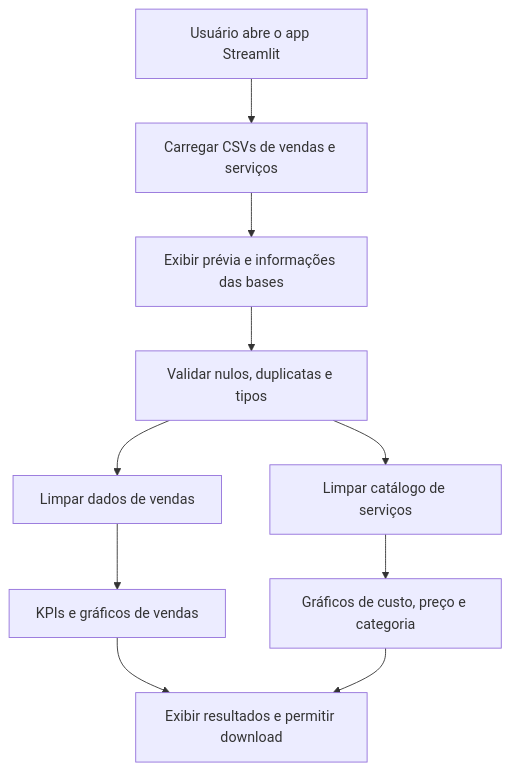
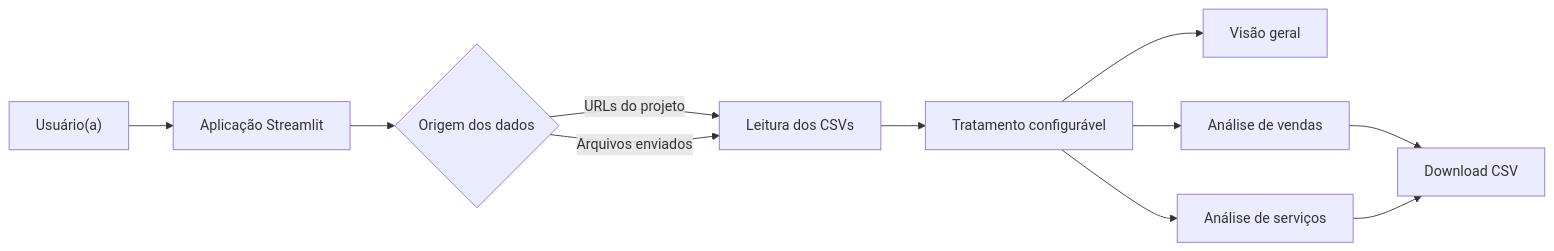
Before and after one commit to CarlosGit-coder/ProjetoACE_4P: the diagram in README.md, drawn with Mermaid. The commit also changed other lines of this file and 7 other files, not shown here.

````diff
--- a/README.md
+++ b/README.md
@@ -22,12 +17,13 @@
 ```mermaid
-flowchart TD
-    A[Usuário abre o app Streamlit] --> B[Carregar CSVs de vendas e serviços]
-    B --> C[Exibir prévia e informações das bases]
-    C --> D[Validar nulos, duplicatas e tipos]
-    D --> E[Limpar dados de vendas]
-    D --> F[Limpar catálogo de serviços]
-    E --> G[KPIs e gráficos de vendas]
-    F --> H[Gráficos de custo, preço e categoria]
-    G --> I[Exibir resultados e permitir download]
-    H --> I
+flowchart LR
+    Pessoa["Usuário(a)"] --> App[Aplicação Streamlit]
+    App --> Entrada{Origem dos dados}
+    Entrada -->|URLs do projeto| Loader[Leitura dos CSVs]
+    Entrada -->|Arquivos enviados| Loader
+    Loader --> Limpeza[Tratamento configurável]
+    Limpeza --> Visao[Visão geral]
+    Limpeza --> Vendas[Análise de vendas]
+    Limpeza --> Servicos[Análise de serviços]
+    Vendas --> CSV[Download CSV]
+    Servicos --> CSV
 ```
````
